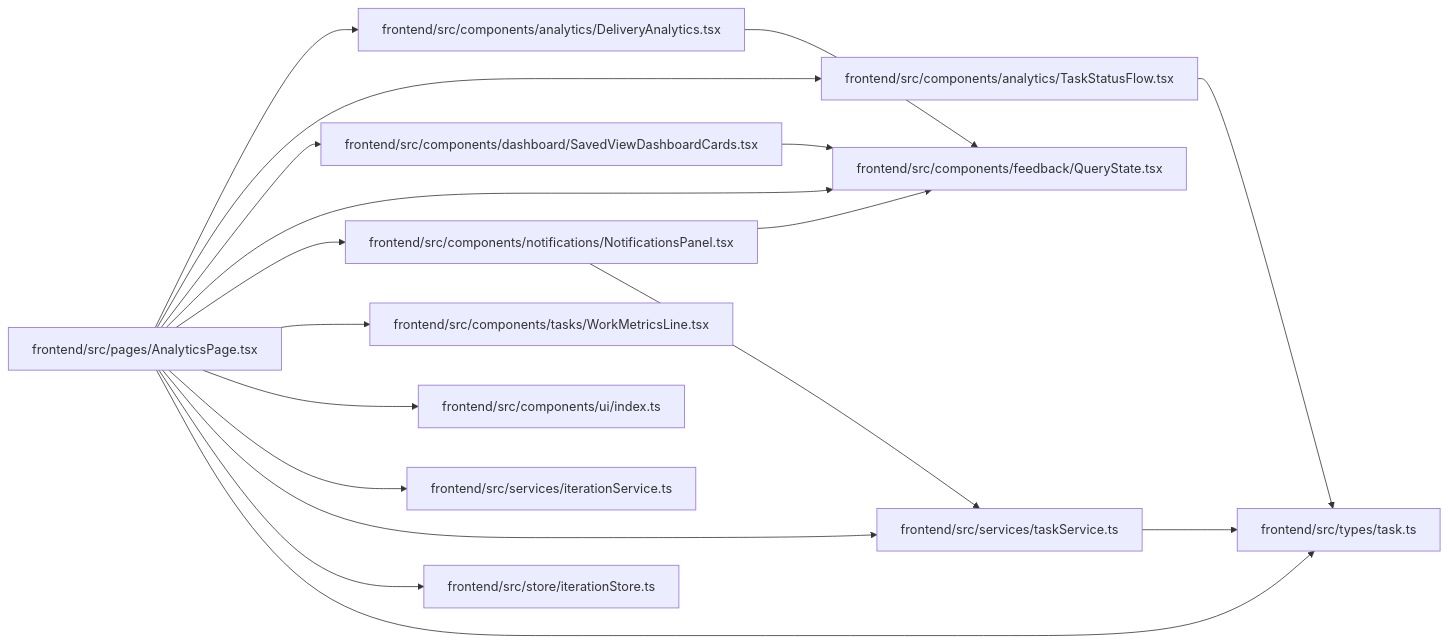
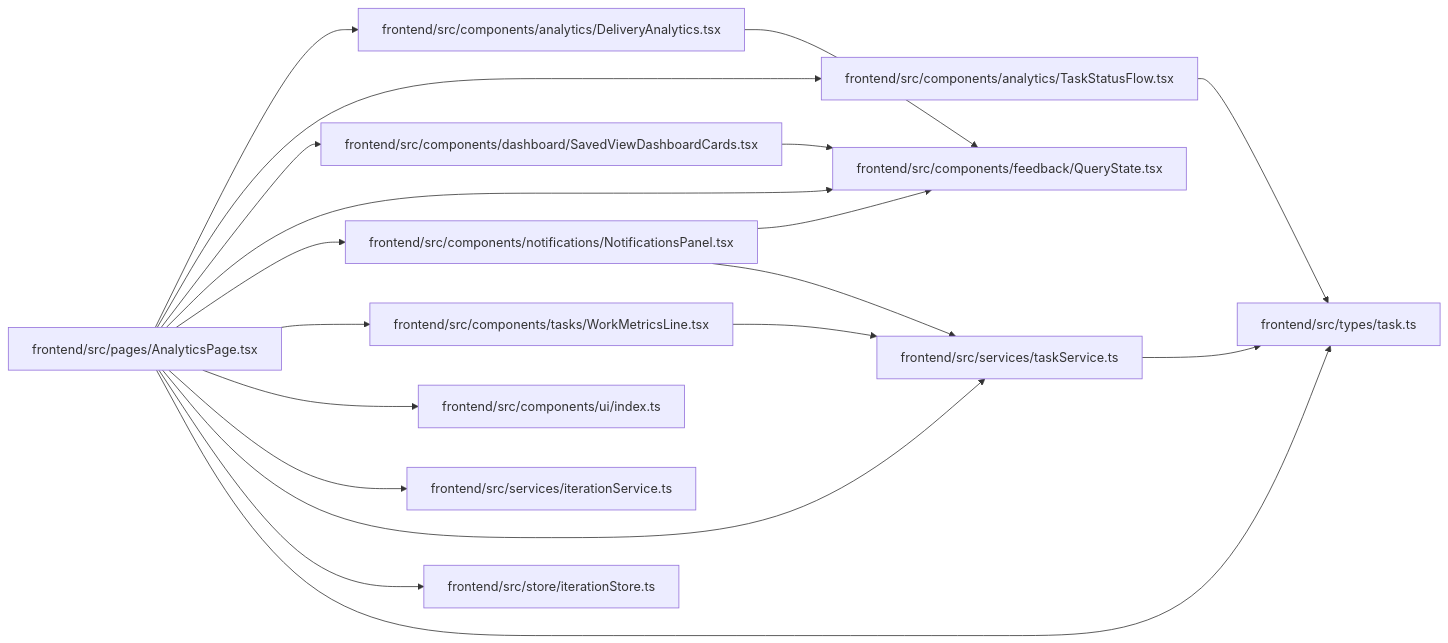
One commit to Denissvgn/WorkChord changed the diagram in docs/llm_wiki/modules/AnalyticsPage.md. Above: the diagram before and after it, drawn with Mermaid. The commit also changed 543 other files, not shown here.

````diff
--- a/docs/llm_wiki/modules/AnalyticsPage.md
+++ b/docs/llm_wiki/modules/AnalyticsPage.md
@@ -39,44 +39,45 @@
 ```mermaid
 flowchart LR
     n0["frontend/src/components/analytics/DeliveryAnalytics.tsx"]
     n1["frontend/src/components/analytics/TaskStatusFlow.tsx"]
     n2["frontend/src/components/dashboard/SavedViewDashboardCards.tsx"]
     n3["frontend/src/components/feedback/QueryState.tsx"]
     n4["frontend/src/components/notifications/NotificationsPanel.tsx"]
     n5["frontend/src/components/tasks/WorkMetricsLine.tsx"]
     n6["frontend/src/components/ui/index.ts"]
     n7["frontend/src/pages/AnalyticsPage.tsx"]
     n8["frontend/src/services/iterationService.ts"]
     n9["frontend/src/services/taskService.ts"]
     n10["frontend/src/store/iterationStore.ts"]
     n11["frontend/src/types/task.ts"]
     n0 --> n3
     n1 --> n11
     n2 --> n3
     n4 --> n3
     n4 --> n9
+    n5 --> n9
     n7 --> n0
     n7 --> n1
     n7 --> n2
     n7 --> n3
     n7 --> n4
     n7 --> n5
     n7 --> n6
     n7 --> n8
     n7 --> n9
     n7 --> n10
     n7 --> n11
     n9 --> n11
     click n0 "../modules/DeliveryAnalytics.md"
     click n1 "../modules/TaskStatusFlow.md"
     click n2 "../modules/SavedViewDashboardCards.md"
     click n3 "../modules/QueryState.md"
     click n4 "../modules/NotificationsPanel.md"
     click n5 "../modules/WorkMetricsLine.md"
     click n6 "../modules/index.md"
     click n7 "../modules/AnalyticsPage.md"
     click n8 "../modules/iterationService.md"
     click n9 "../modules/taskService.md"
     click n10 "../modules/iterationStore.md"
     click n11 "../modules/types_task.md"
 ```
````
